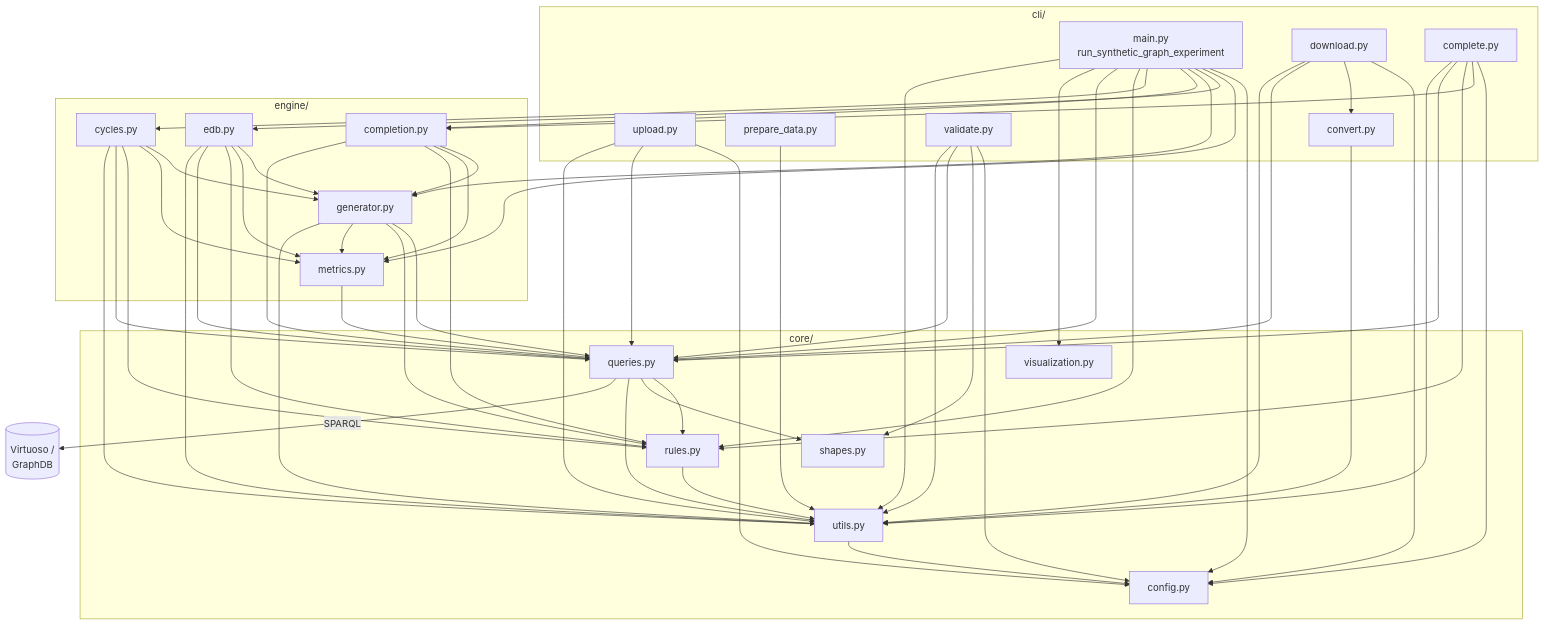
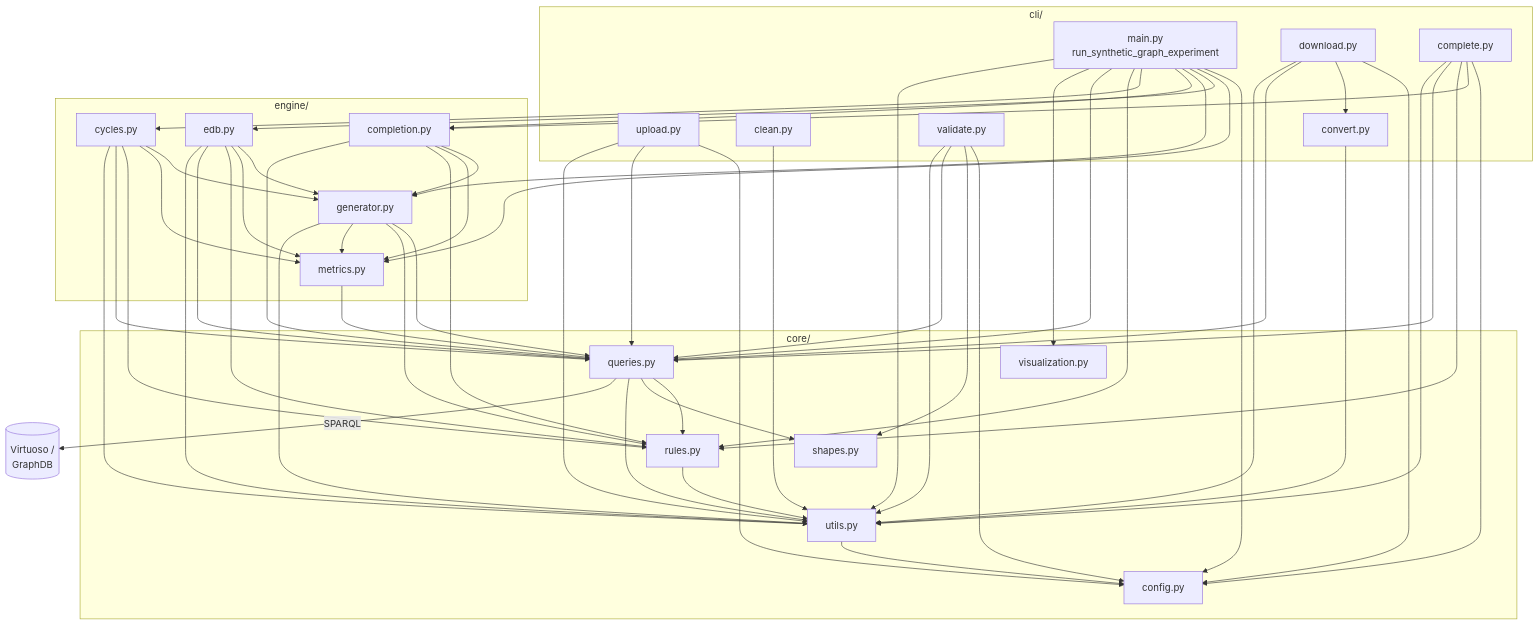
Before and after one commit to DavidGomez00/synthetic-knowledge-graph-generator: the second of 2 diagrams in docs/architecture.md, drawn with Mermaid. The commit also changed other lines of this file and 7 other files, not shown here.

First line of the commit message:
Rename cli/prepare_data.py to cli/clean.py and write only a .tsv

````diff
--- a/docs/architecture.md
+++ b/docs/architecture.md
@@ -39,49 +39,49 @@
 ```mermaid
 flowchart TD
     subgraph cli ["cli/"]
         MAIN["main.py<br/>run_synthetic_graph_experiment"]
         UPLOAD["upload.py"]
         DOWNLOAD["download.py"]
         COMPLETE["complete.py"]
-        PREPARE["prepare_data.py"]
+        CLEAN["clean.py"]
         CONVERT["convert.py"]
         VALIDATE["validate.py"]
     end
 
     subgraph engine ["engine/"]
         METRICS["metrics.py"]
         EDB["edb.py"]
         GEN["generator.py"]
         COMPLETION["completion.py"]
         CYCLES["cycles.py"]
     end
 
     subgraph core ["core/"]
         RULES["rules.py"]
         SHAPES["shapes.py"]
         QUERIES["queries.py"]
         VIS["visualization.py"]
         CONFIG["config.py"]
         UTILS["utils.py"]
     end
 
     DB[("Virtuoso /<br/>GraphDB")]
 
     MAIN --> CONFIG & METRICS & EDB & GEN & COMPLETION & CYCLES & RULES & QUERIES & VIS & UTILS
     UPLOAD --> CONFIG & QUERIES & UTILS
     DOWNLOAD --> CONFIG & CONVERT & QUERIES & UTILS
     COMPLETE --> CONFIG & COMPLETION & RULES & QUERIES & UTILS
     VALIDATE --> CONFIG & SHAPES & QUERIES & UTILS
-    PREPARE & CONVERT --> UTILS
+    CLEAN & CONVERT --> UTILS
 
     EDB --> GEN & METRICS & RULES & QUERIES & UTILS
     COMPLETION --> GEN & METRICS & RULES & QUERIES
     CYCLES --> GEN & METRICS & RULES & QUERIES & UTILS
     GEN --> QUERIES & RULES & METRICS & UTILS
     METRICS --> QUERIES
     QUERIES --> RULES & SHAPES & UTILS
     RULES --> UTILS
     UTILS --> CONFIG
 
     QUERIES -->|SPARQL| DB
 ```
````
